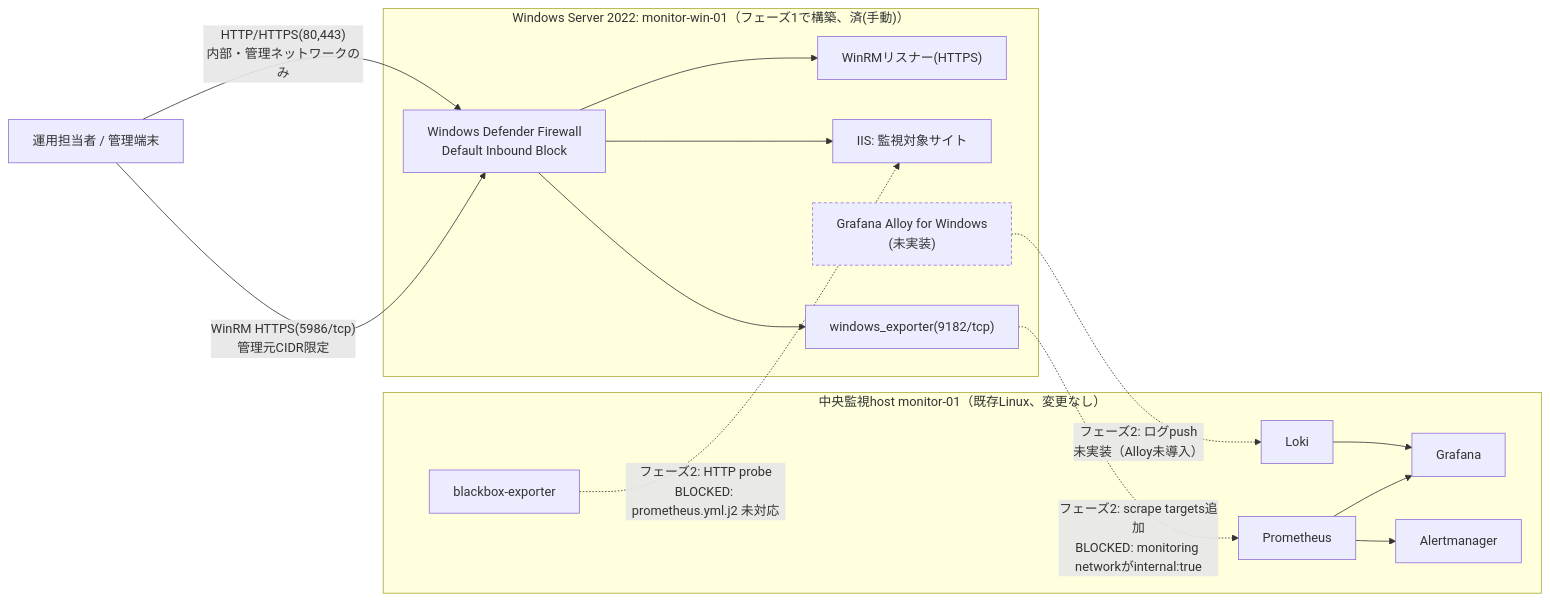
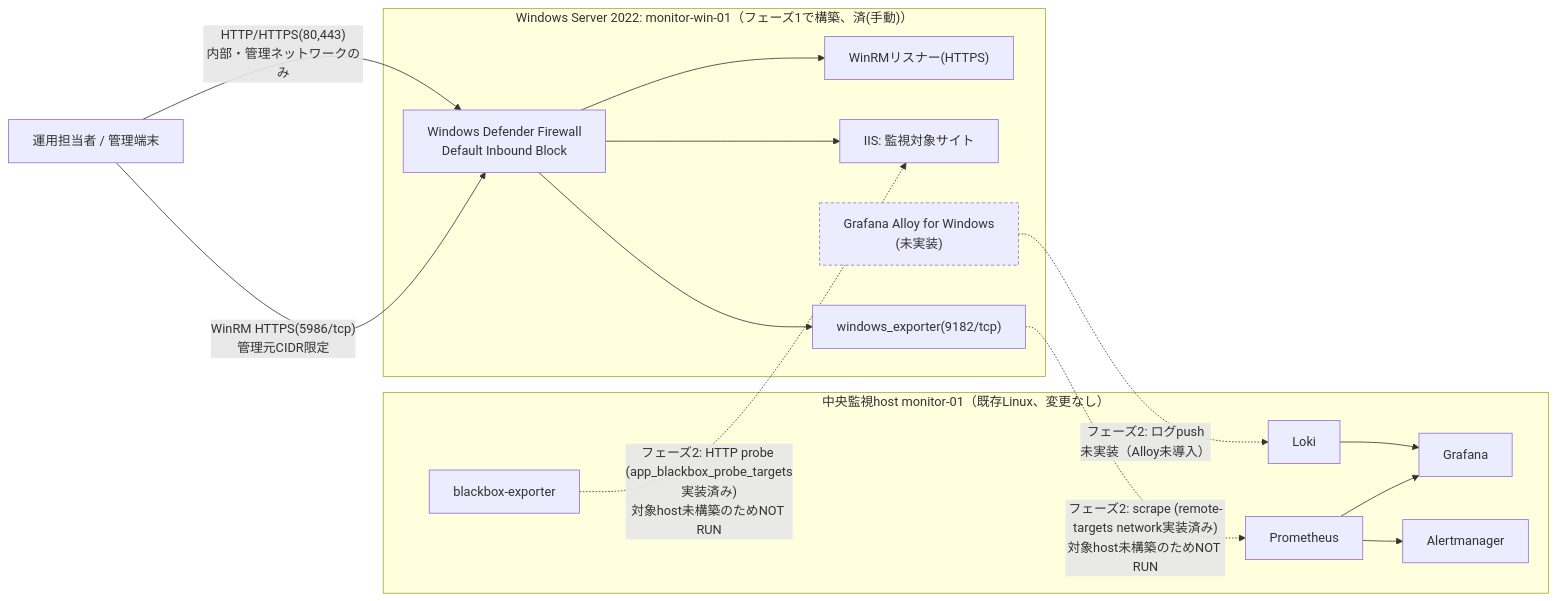
One commit to ns7jp/server changed the diagram in docs/build-package-windows/01-basic-design.md. Above: the diagram before and after it, drawn with Mermaid. The commit also changed other lines of this file and 5 other files, not shown here.

First line of the commit message:
Windows監視対象ホストのフェーズ2ブロッカーを1点解消(remote-targets network + blackbox probe汎用化)

````diff
--- a/docs/build-package-windows/01-basic-design.md
+++ b/docs/build-package-windows/01-basic-design.md
@@ -54,34 +55,34 @@
 ```mermaid
 flowchart LR
     Admin["運用担当者 / 管理端末"] -->|"WinRM HTTPS(5986/tcp)\n管理元CIDR限定"| FW
     Admin -->|"HTTP/HTTPS(80,443)\n内部・管理ネットワークのみ"| FW
 
     subgraph WinHost["Windows Server 2022: monitor-win-01（フェーズ1で構築、済(手動)）"]
         FW["Windows Defender Firewall\nDefault Inbound Block"]
         WinRM["WinRMリスナー(HTTPS)"]
         IIS["IIS: 監視対象サイト"]
         WinExp["windows_exporter(9182/tcp)"]
         Alloy["Grafana Alloy for Windows\n(未実装)"]
         FW --> WinRM
         FW --> IIS
         FW --> WinExp
     end
 
     subgraph Central["中央監視host monitor-01（既存Linux、変更なし）"]
         Prom["Prometheus"]
         BB["blackbox-exporter"]
         Graf["Grafana"]
         AM["Alertmanager"]
         Loki["Loki"]
         Prom --> Graf
         Prom --> AM
         Loki --> Graf
     end
 
-    WinExp -.->|"フェーズ2: scrape targets追加\nBLOCKED: monitoring networkがinternal:true"| Prom
-    BB -.->|"フェーズ2: HTTP probe\nBLOCKED: prometheus.yml.j2 未対応"| IIS
+    WinExp -.->|"フェーズ2: scrape (remote-targets network実装済み)\n対象host未構築のためNOT RUN"| Prom
+    BB -.->|"フェーズ2: HTTP probe (app_blackbox_probe_targets実装済み)\n対象host未構築のためNOT RUN"| IIS
     Alloy -.->|"フェーズ2: ログpush\n未実装（Alloy未導入）"| Loki
 
     classDef future stroke-dasharray: 4 3;
     class Alloy future;
 ```
````
